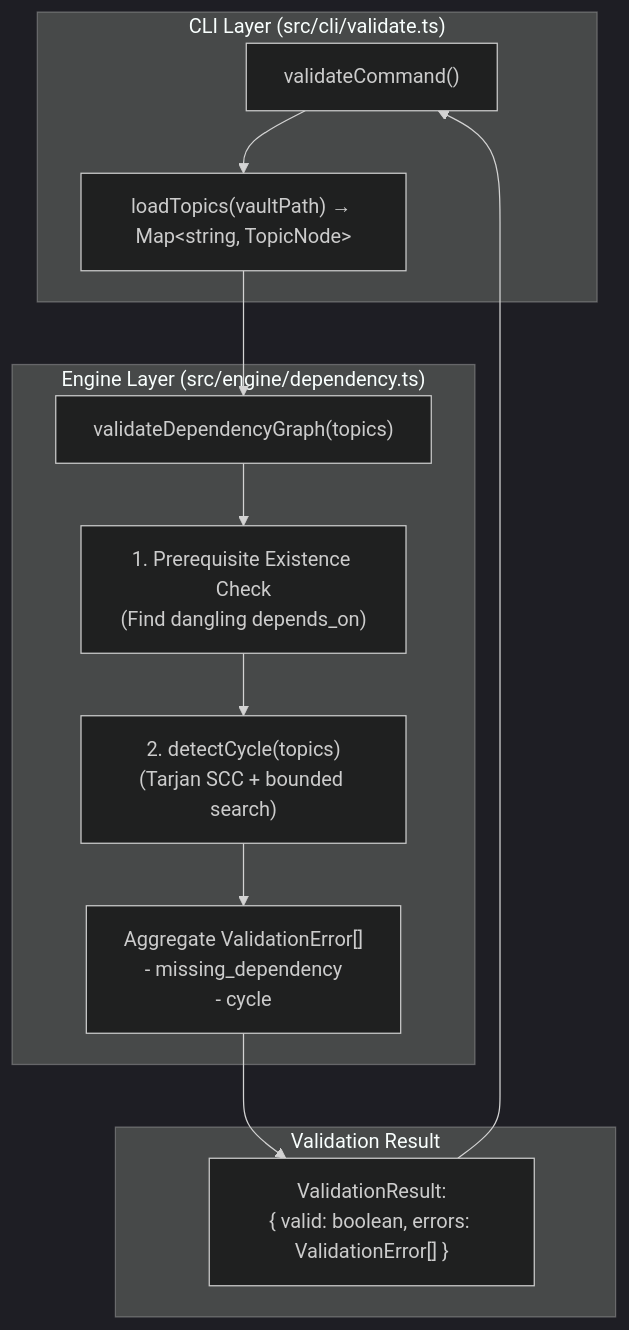
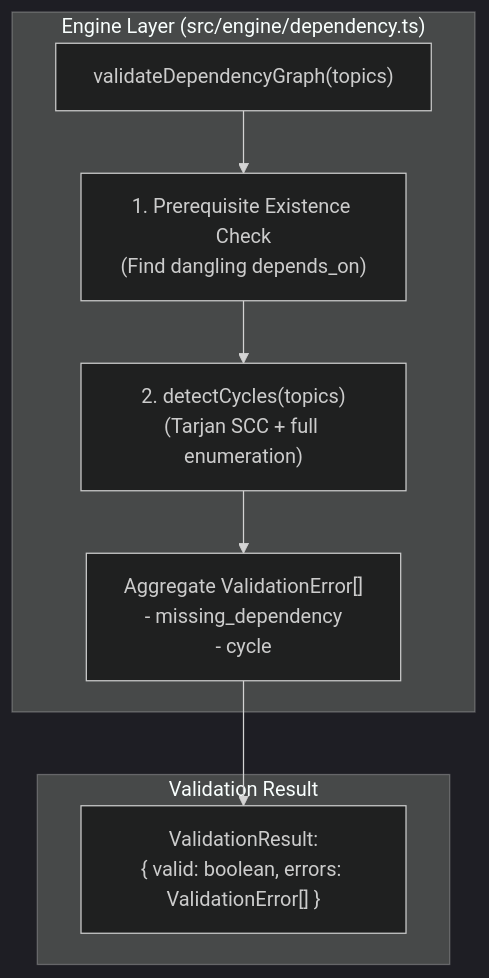
One commit to Kuldeep2822k/cli changed the third of 3 diagrams in docs/03-2-dependency-graph-engine.md. Above: the diagram before and after it, drawn with Mermaid (dark theme). The commit also changed other lines of this file and 10 other files, not shown here.

````diff
--- a/docs/03-2-dependency-graph-engine.md
+++ b/docs/03-2-dependency-graph-engine.md
@@ -152,26 +157,18 @@
 ```mermaid
 flowchart TD
-    subgraph CLI ["CLI Layer (src/cli/validate.ts)"]
-        VC["validateCommand()"]
-        Load["loadTopics(vaultPath) &rarr; Map&lt;string, TopicNode&gt;"]
-    end
-
     subgraph Engine ["Engine Layer (src/engine/dependency.ts)"]
         VDG["validateDependencyGraph(topics)"]
         CheckDangling["1. Prerequisite Existence Check<br/>(Find dangling depends_on)"]
-        RunDFS["2. detectCycle(topics)<br/>(Tarjan SCC + bounded search)"]
+        RunCycles["2. detectCycles(topics)<br/>(Tarjan SCC + full enumeration)"]
         CollectErrors["Aggregate ValidationError[]<br/>- missing_dependency<br/>- cycle"]
     end
 
     subgraph Result ["Validation Result"]
         VResult["ValidationResult:<br/>{ valid: boolean, errors: ValidationError[] }"]
     end
 
-    VC --> Load
-    Load --> VDG
     VDG --> CheckDangling
-    CheckDangling --> RunDFS
-    RunDFS --> CollectErrors
+    CheckDangling --> RunCycles
+    RunCycles --> CollectErrors
     CollectErrors --> VResult
-    VResult --> VC
 ```
````
